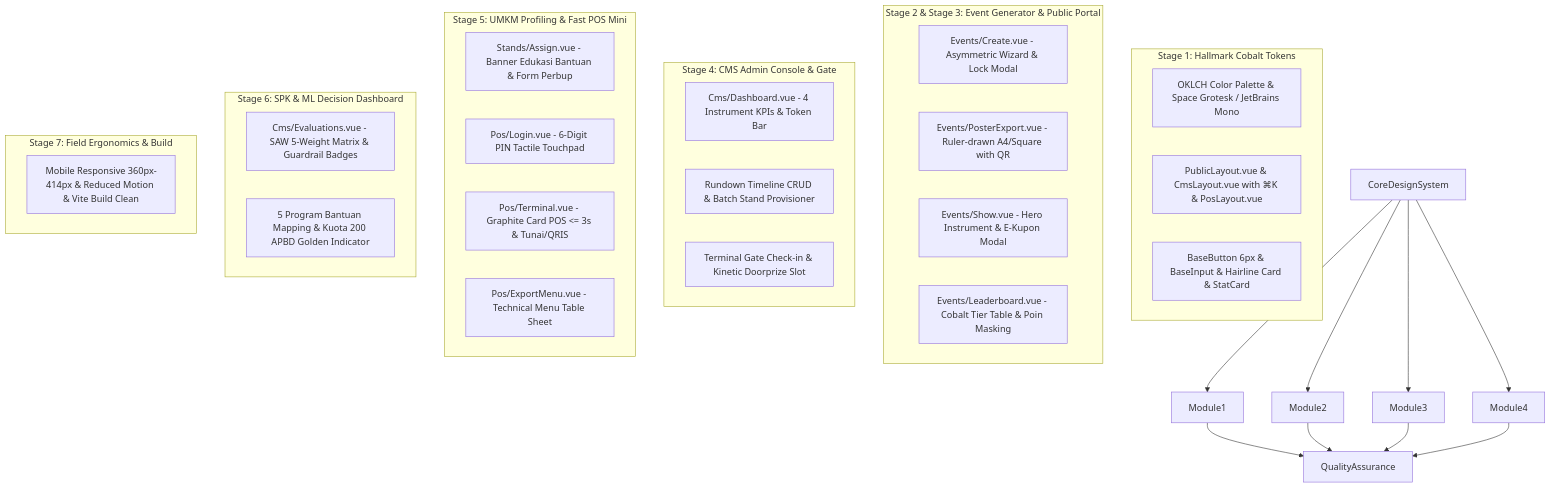
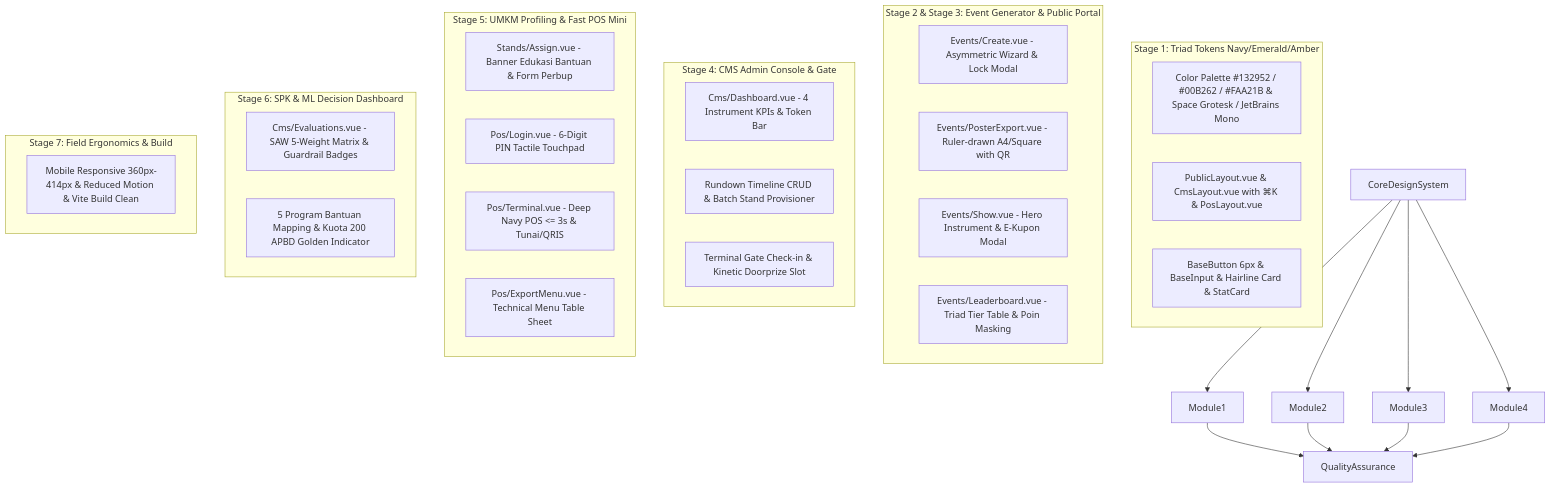
The diagram in docs/staging/frontend_staging_plan.md (belpythons/PATEN), drawn with Mermaid before and after one commit. The commit also changed other lines of this file and 15 other files, not shown here.

Commit message:
docs: update staging roadmaps, implementation logs for stages 4-7, and design specs

````diff
--- a/docs/staging/frontend_staging_plan.md
+++ b/docs/staging/frontend_staging_plan.md
@@ -78,43 +78,43 @@
 ```mermaid
 graph TD
-    subgraph Core Design System [Stage 1: Hallmark Cobalt Tokens]
-        Tokens[OKLCH Color Palette & Space Grotesk / JetBrains Mono]
+    subgraph Core Design System [Stage 1: Triad Tokens Navy/Emerald/Amber]
+        Tokens[Color Palette #132952 / #00B262 / #FAA21B & Space Grotesk / JetBrains Mono]
         Layouts[PublicLayout.vue & CmsLayout.vue with ⌘K & PosLayout.vue]
         Components[BaseButton 6px & BaseInput & Hairline Card & StatCard]
     end
 
     subgraph Module 1 [Stage 2 & Stage 3: Event Generator & Public Portal]
         CreateEvent[Events/Create.vue - Asymmetric Wizard & Lock Modal]
         Poster[Events/PosterExport.vue - Ruler-drawn A4/Square with QR]
         Microsite[Events/Show.vue - Hero Instrument & E-Kupon Modal]
-        Leaderboard[Events/Leaderboard.vue - Cobalt Tier Table & Poin Masking]
+        Leaderboard[Events/Leaderboard.vue - Triad Tier Table & Poin Masking]
     end
 
     subgraph Module 2 [Stage 4: CMS Admin Console & Gate]
         Dashboard[Cms/Dashboard.vue - 4 Instrument KPIs & Token Bar]
         RundownStand[Rundown Timeline CRUD & Batch Stand Provisioner]
         GateDoorprize[Terminal Gate Check-in & Kinetic Doorprize Slot]
     end
 
     subgraph Module 3 [Stage 5: UMKM Profiling & Fast POS Mini]
         AssignStand[Stands/Assign.vue - Banner Edukasi Bantuan & Form Perbup]
         PosLogin[Pos/Login.vue - 6-Digit PIN Tactile Touchpad]
-        PosTerminal[Pos/Terminal.vue - Graphite Card POS <= 3s & Tunai/QRIS]
+        PosTerminal[Pos/Terminal.vue - Deep Navy POS <= 3s & Tunai/QRIS]
         MenuExport[Pos/ExportMenu.vue - Technical Menu Table Sheet]
     end
 
     subgraph Module 4 [Stage 6: SPK & ML Decision Dashboard]
         Evaluations[Cms/Evaluations.vue - SAW 5-Weight Matrix & Guardrail Badges]
         AidPrograms[5 Program Bantuan Mapping & Kuota 200 APBD Golden Indicator]
     end
 
     subgraph Quality Assurance [Stage 7: Field Ergonomics & Build]
         Audit[Mobile Responsive 360px-414px & Reduced Motion & Vite Build Clean]
     end
 
     CoreDesignSystem --> Module1
     CoreDesignSystem --> Module2
     CoreDesignSystem --> Module3
     CoreDesignSystem --> Module4
     Module1 & Module2 & Module3 & Module4 --> QualityAssurance
 ```
````
